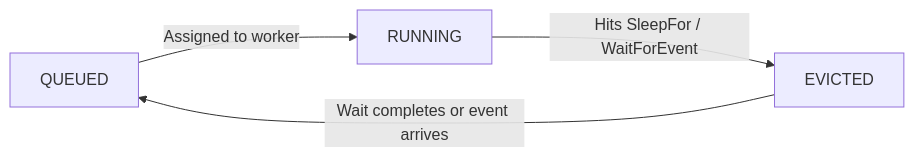
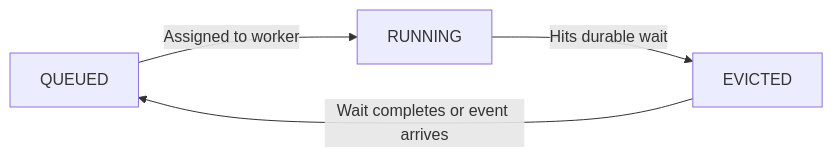
The first of 2 diagrams in frontend/docs/pages/v1/task-eviction.mdx (hatchet-dev/hatchet), drawn with Mermaid before and after one commit. The commit also changed other lines of this file and 14 other files, not shown here.

````diff
--- a/frontend/docs/pages/v1/task-eviction.mdx
+++ b/frontend/docs/pages/v1/task-eviction.mdx
@@ -19,6 +19,6 @@
 ```mermaid
 graph LR
     QUEUED -->|Assigned to worker| RUNNING
-    RUNNING -->|Hits SleepFor / WaitForEvent| EVICTED
+    RUNNING -->|Hits durable wait| EVICTED
     EVICTED -->|Wait completes or event arrives| QUEUED
 ```
````
